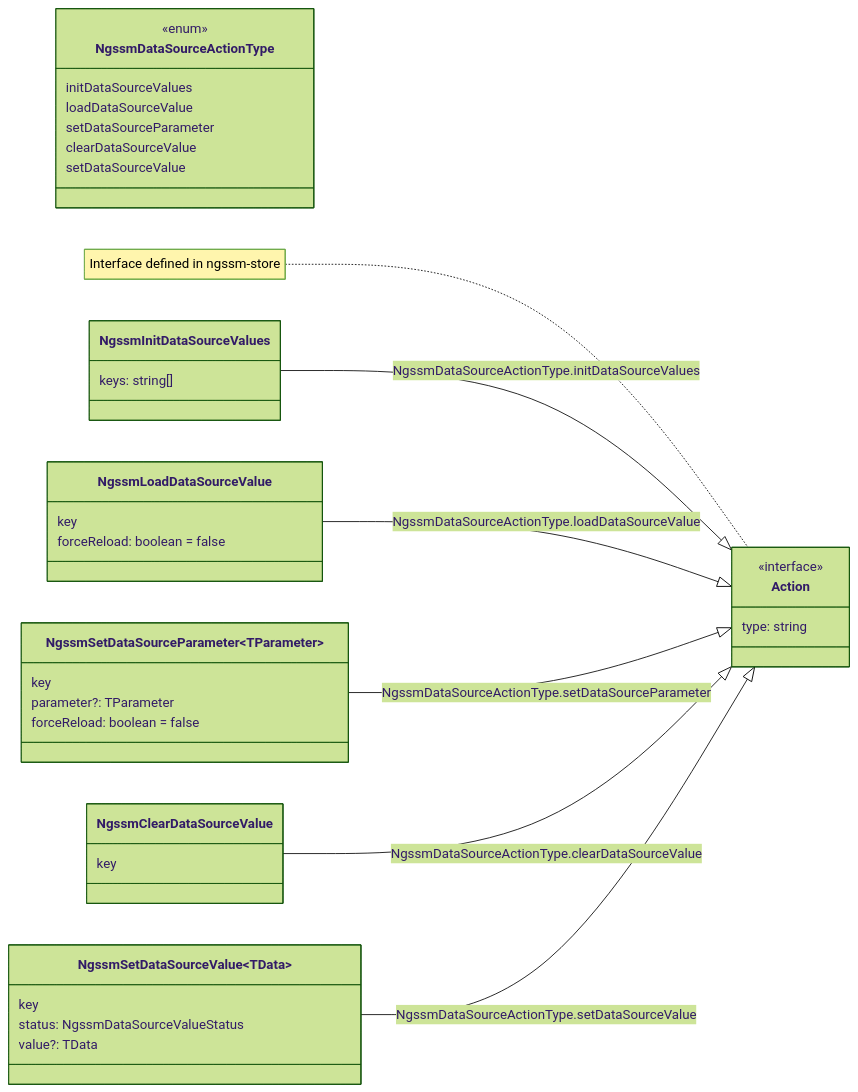
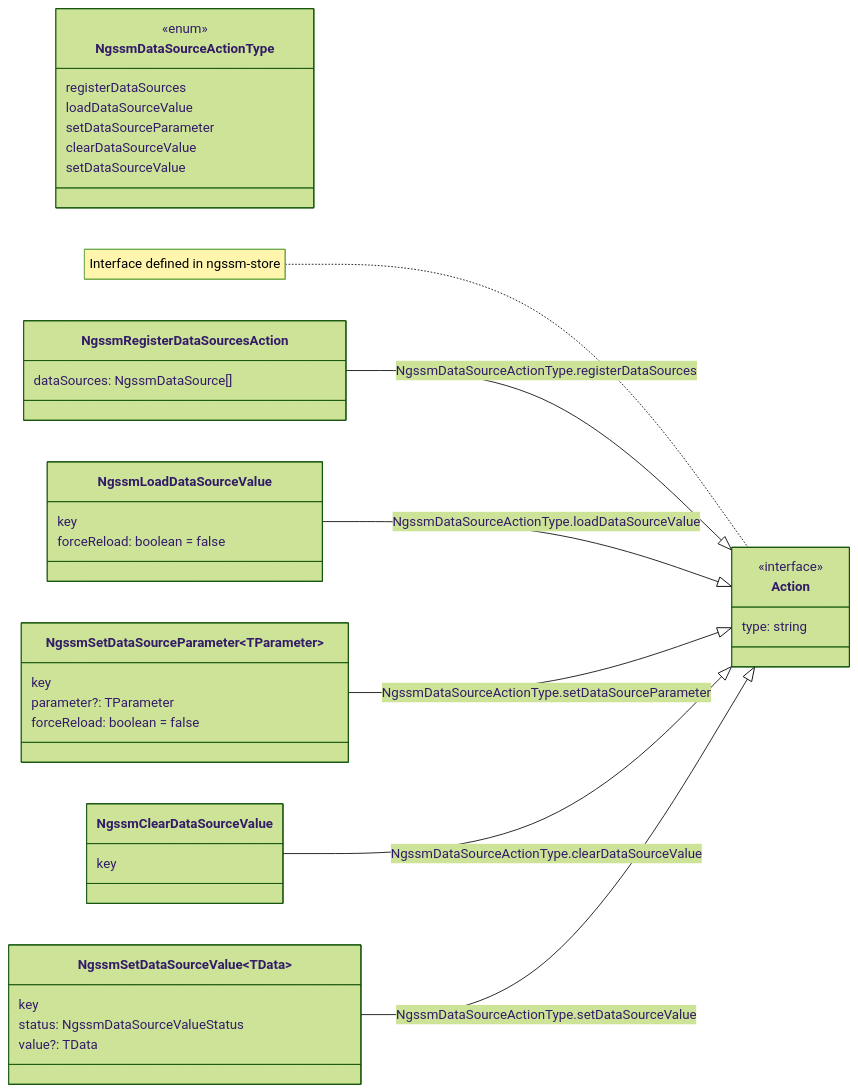
One commit to LionMarc/ng-simple-state-management changed the third of 3 diagrams in docs/libraries/ngssm-data.md. Above: the diagram before and after it, drawn with Mermaid (forest theme). The commit also changed other lines of this file and 10 other files, not shown here.

Commit message:
[ngssm-data] Replace NgssmInitDataSourceValuesAction by NgssmRegisterDataSourcesAction and do not reset data sources already registered. (#193)

````diff
--- a/docs/libraries/ngssm-data.md
+++ b/docs/libraries/ngssm-data.md
@@ -104,49 +104,49 @@
 ```mermaid
 classDiagram
     direction LR
     class NgssmDataSourceActionType{
         <<enum>>
-        initDataSourceValues
+        registerDataSources
         loadDataSourceValue
         setDataSourceParameter
         clearDataSourceValue
         setDataSourceValue
     }
 
     note for Action "Interface defined in ngssm-store"
     class Action {
         <<interface>>
         type: string
     }
 
     class NgssmLoadDataSourceValue{
         key
         forceReload: boolean = false
     }
 
-    class NgssmInitDataSourceValues{
-        keys: string[]
+    class NgssmRegisterDataSourcesAction{
+        dataSources: NgssmDataSource[]
     }
 
     class NgssmSetDataSourceParameter~TParameter~{
         key
         parameter?: TParameter
         forceReload: boolean = false
     }
 
     class NgssmClearDataSourceValue{
         key
     }
 
     class NgssmSetDataSourceValue~TData~{
         key
         status: NgssmDataSourceValueStatus
         value?: TData
     }
 
-    NgssmInitDataSourceValues --|> Action: NgssmDataSourceActionType.initDataSourceValues
+    NgssmRegisterDataSourcesAction --|> Action: NgssmDataSourceActionType.registerDataSources
     NgssmLoadDataSourceValue --|> Action: NgssmDataSourceActionType.loadDataSourceValue
     NgssmSetDataSourceParameter --|> Action: NgssmDataSourceActionType.setDataSourceParameter
     NgssmClearDataSourceValue --|> Action: NgssmDataSourceActionType.clearDataSourceValue
     NgssmSetDataSourceValue --|> Action: NgssmDataSourceActionType.setDataSourceValue
 ```
````
